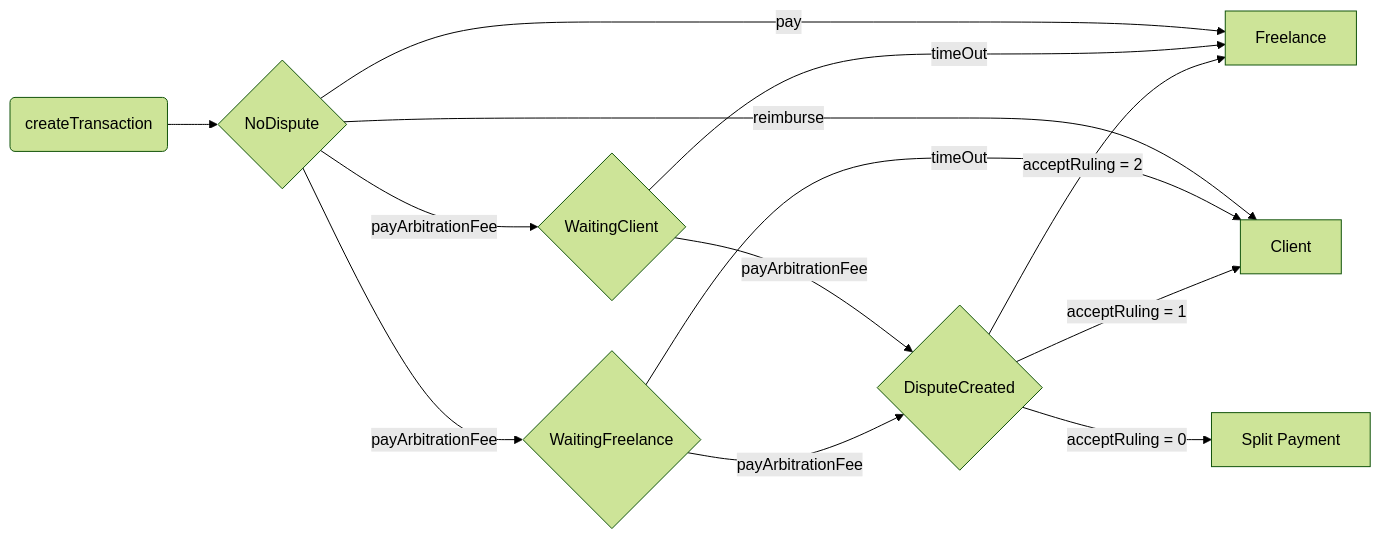
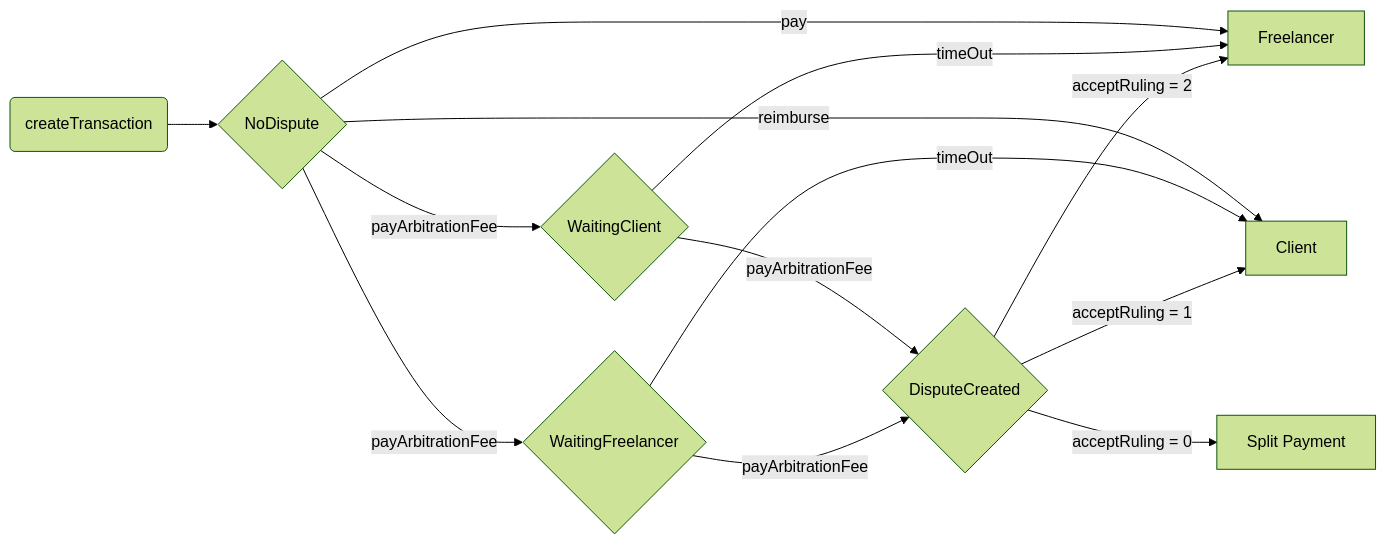
The diagram in README.md (Nerwo/nerwo-contracts), drawn with Mermaid (forest theme) before and after one commit. The commit also changed other lines of this file and 9 other files, not shown here.

Commit message:
freelance -> freelancer

````diff
--- a/README.md
+++ b/README.md
@@ -234,15 +234,15 @@
 ```mermaid
 flowchart LR
     A(createTransaction) -->B{NoDispute}
-    B -->|pay| C[Freelance]
+    B -->|pay| C[Freelancer]
     B -->|reimburse| D[Client]
     B -->|payArbitrationFee| E{WaitingClient}
-    B -->|payArbitrationFee| F{WaitingFreelance}
+    B -->|payArbitrationFee| F{WaitingFreelancer}
     E -->|payArbitrationFee| G{DisputeCreated}
     F -->|payArbitrationFee| G{DisputeCreated}
-    E -->|timeOut| C[Freelance]
+    E -->|timeOut| C[Freelancer]
     F -->|timeOut| D[Client]
     G -->|acceptRuling = 1| D[Client]
-    G -->|acceptRuling = 2| C[Freelance]
+    G -->|acceptRuling = 2| C[Freelancer]
     G -->|acceptRuling = 0| H[Split Payment]
 ```
````
